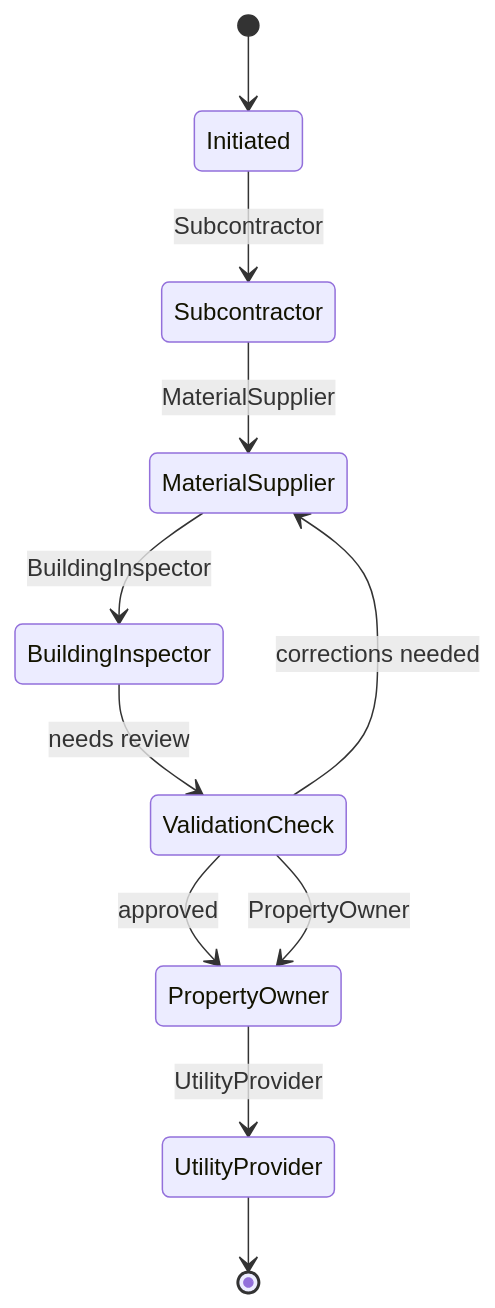
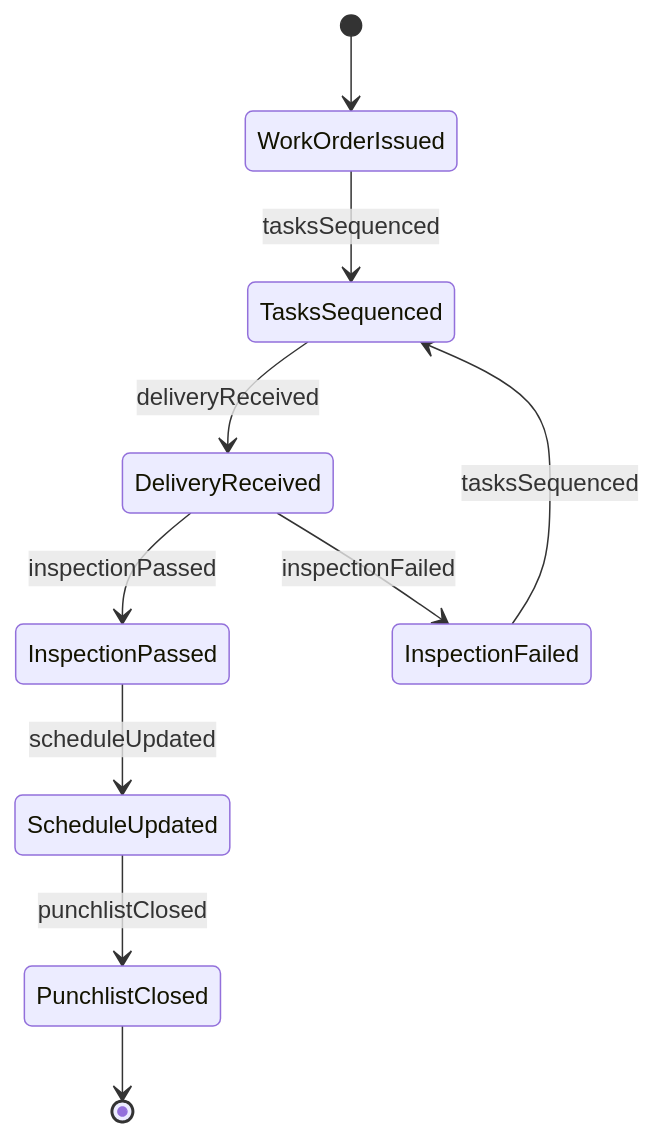
One commit to dot-org-ai/tasks.org.ai changed the second of 4 diagrams in GuidingDirectingAndMotivatingSubordinates/DirectConstructionOrExtractionActivities/CoordinateConstructionInstallationActivities.mdx. Above: the diagram before and after it, drawn with Mermaid. The commit also changed other lines of this file and 515 other files, not shown here.

````diff
--- a/GuidingDirectingAndMotivatingSubordinates/DirectConstructionOrExtractionActivities/CoordinateConstructionInstallationActivities.mdx
+++ b/GuidingDirectingAndMotivatingSubordinates/DirectConstructionOrExtractionActivities/CoordinateConstructionInstallationActivities.mdx
@@ -102,13 +100,12 @@
 ```mermaid
 stateDiagram-v2
-    [*] --> Initiated
-    Initiated --> Subcontractor: Subcontractor
-    Subcontractor --> MaterialSupplier: MaterialSupplier
-    MaterialSupplier --> BuildingInspector: BuildingInspector
-    BuildingInspector --> ValidationCheck: needs review
-    ValidationCheck --> MaterialSupplier: corrections needed
-    ValidationCheck --> PropertyOwner: approved
-    ValidationCheck --> PropertyOwner: PropertyOwner
-    PropertyOwner --> UtilityProvider: UtilityProvider
-    UtilityProvider --> [*]
+    [*] --> WorkOrderIssued
+    WorkOrderIssued --> TasksSequenced : tasksSequenced
+    TasksSequenced --> DeliveryReceived : deliveryReceived
+    DeliveryReceived --> InspectionPassed : inspectionPassed
+    InspectionPassed --> ScheduleUpdated : scheduleUpdated
+    ScheduleUpdated --> PunchlistClosed : punchlistClosed
+    DeliveryReceived --> InspectionFailed : inspectionFailed
+    InspectionFailed --> TasksSequenced : tasksSequenced
+    PunchlistClosed --> [*]
 ```
````
